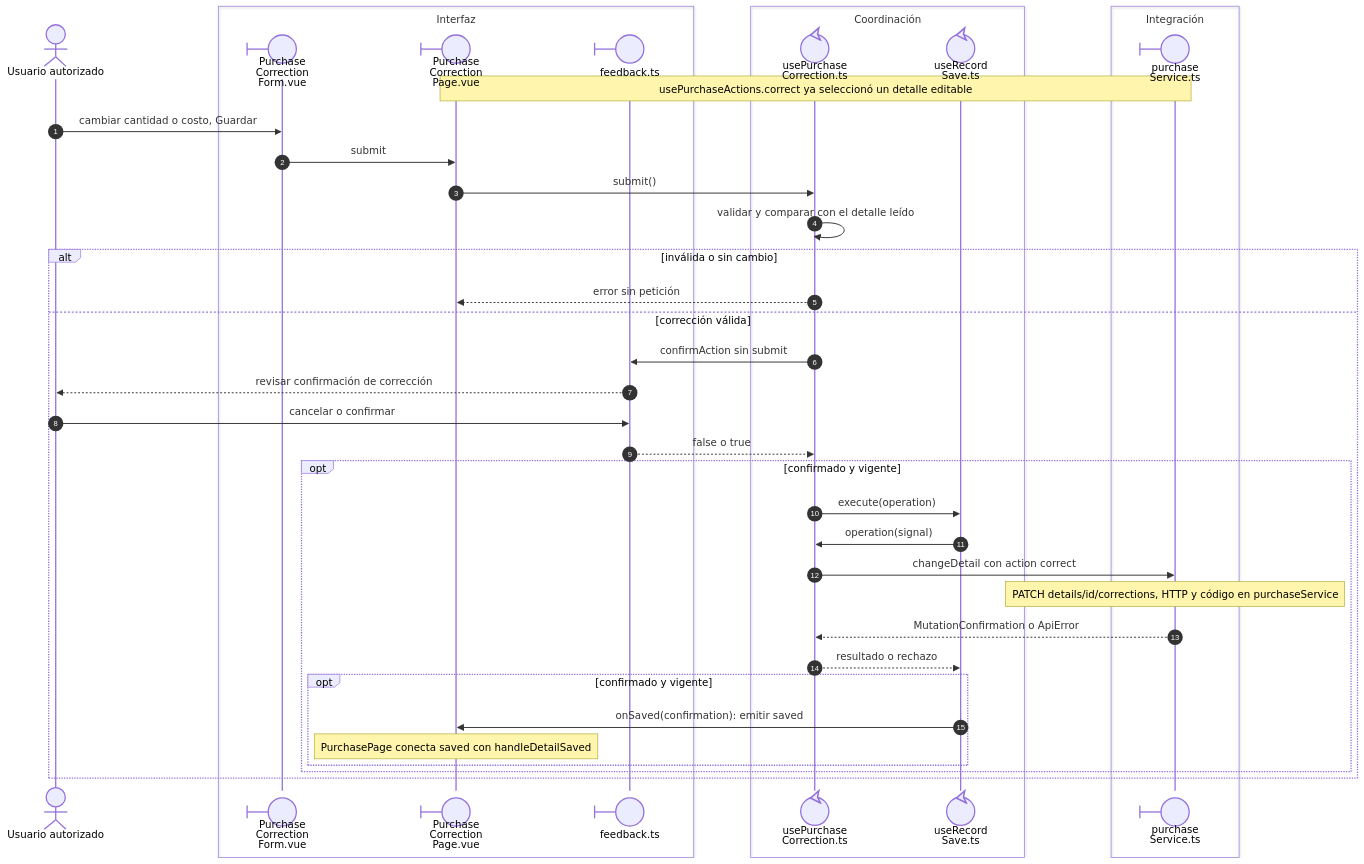
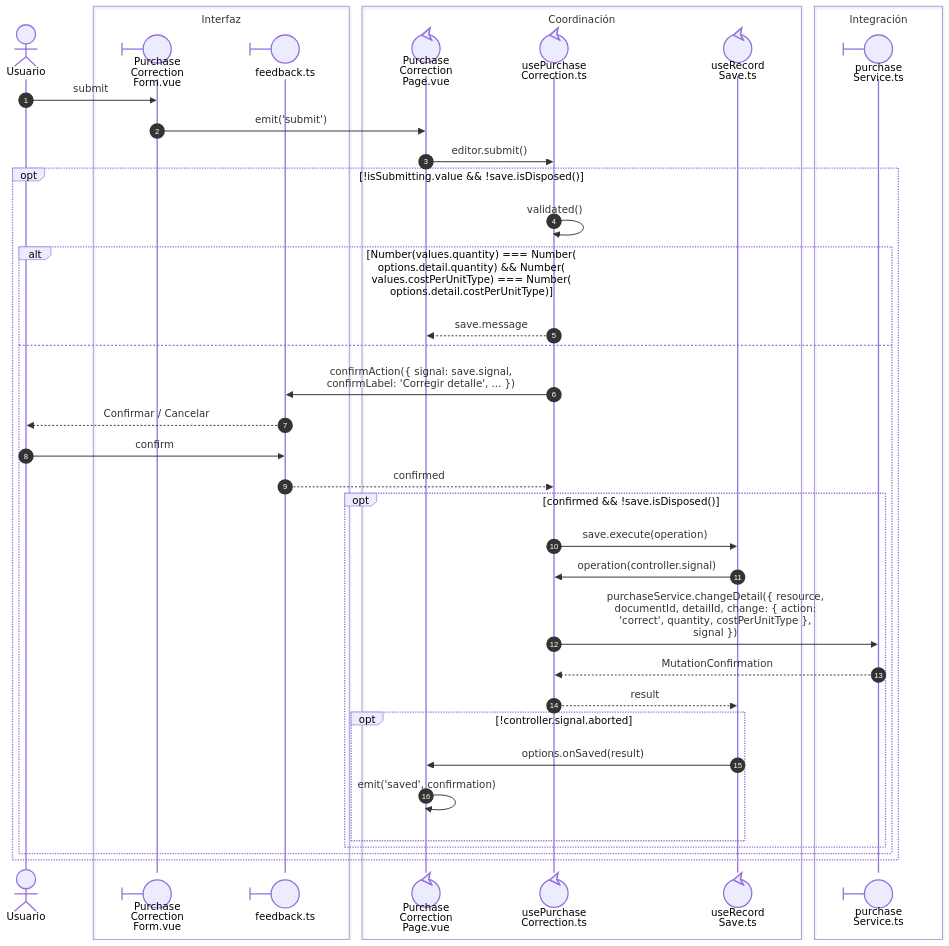
Before and after one commit to gpgsistemas01/nexus: the diagram in front/docs/architecture/views/processes/06-purchases/03-purchase-correction.md, drawn with Mermaid. The commit also changed other lines of this file and 43 other files, not shown here.

Commit message:
docs: reflejar código y roles en secuencias Vue

````diff
--- a/front/docs/architecture/views/processes/06-purchases/03-purchase-correction.md
+++ b/front/docs/architecture/views/processes/06-purchases/03-purchase-correction.md
@@ -13,42 +9,42 @@
 ```mermaid
 sequenceDiagram
     autonumber
-    actor U as Usuario autorizado
+    actor U as Usuario
     box Interfaz
     participant Form@{ "type": "boundary" } as Purchase<br/>Correction<br/>Form.vue
-    participant Page@{ "type": "boundary" } as Purchase<br/>Correction<br/>Page.vue
     participant Feedback@{ "type": "boundary" } as feedback.ts
     end
     box Coordinación
+    participant Page@{ "type": "control" } as Purchase<br/>Correction<br/>Page.vue
     participant Correction@{ "type": "control" } as usePurchase<br/>Correction.ts
     participant Save@{ "type": "control" } as useRecord<br/>Save.ts
     end
     box Integración
     participant Service@{ "type": "boundary" } as purchase<br/>Service.ts
     end
-    Note over Page,Service: usePurchaseActions.correct ya seleccionó un detalle editable
-    U->>Form: cambiar cantidad o costo, Guardar
-    Form->>Page: submit
-    Page->>Correction: submit()
-    Correction->>Correction: validar y comparar con el detalle leído
-    alt inválida o sin cambio
-        Correction-->>Page: error sin petición
-    else corrección válida
-        Correction->>Feedback: confirmAction sin submit
-        Feedback-->>U: revisar confirmación de corrección
-        U->>Feedback: cancelar o confirmar
-        Feedback-->>Correction: false o true
-        opt confirmado y vigente
-            Correction->>Save: execute(operation)
-            Save->>Correction: operation(signal)
-            Correction->>Service: changeDetail con action correct
-            Note over Service: PATCH details/id/corrections, HTTP y código en purchaseService
-            Service-->>Correction: MutationConfirmation o ApiError
-            Correction-->>Save: resultado o rechazo
-            opt confirmado y vigente
-                Save->>Page: onSaved(confirmation): emitir saved
-                Note over Page: PurchasePage conecta saved con handleDetailSaved
+    U->>Form: nowrap: submit
+    Form->>Page: nowrap: emit('submit')
+    Page->>Correction: nowrap: editor.submit()
+    opt nowrap: !isSubmitting.value && !save.isDisposed()
+        Correction->>Correction: nowrap: validated()
+        alt nowrap: Number(values.quantity) === Number(<br/>options.detail.quantity) && Number(<br/>values.costPerUnitType) === Number(<br/>options.detail.costPerUnitType)
+            Correction-->>Page: nowrap: save.message
+        else
+            Correction->>Feedback: nowrap: confirmAction({ signal: save.signal,<br/>confirmLabel: 'Corregir detalle', ... })
+            Feedback-->>U: nowrap: Confirmar / Cancelar
+            U->>Feedback: nowrap: confirm
+            Feedback-->>Correction: nowrap: confirmed
+            opt nowrap: confirmed && !save.isDisposed()
+                Correction->>Save: nowrap: save.execute(operation)
+                Save->>Correction: nowrap: operation(controller.signal)
+                Correction->>Service: nowrap: purchaseService.changeDetail({ resource,<br/>documentId, detailId, change: { action:<br/>'correct', quantity, costPerUnitType },<br/>signal })
+                Service-->>Correction: nowrap: MutationConfirmation
+                Correction-->>Save: nowrap: result
+                opt nowrap: !controller.signal.aborted
+                    Save->>Page: nowrap: options.onSaved(result)
+                    Page->>Page: nowrap: emit('saved', confirmation)
+                end
             end
         end
     end
 ```
````
